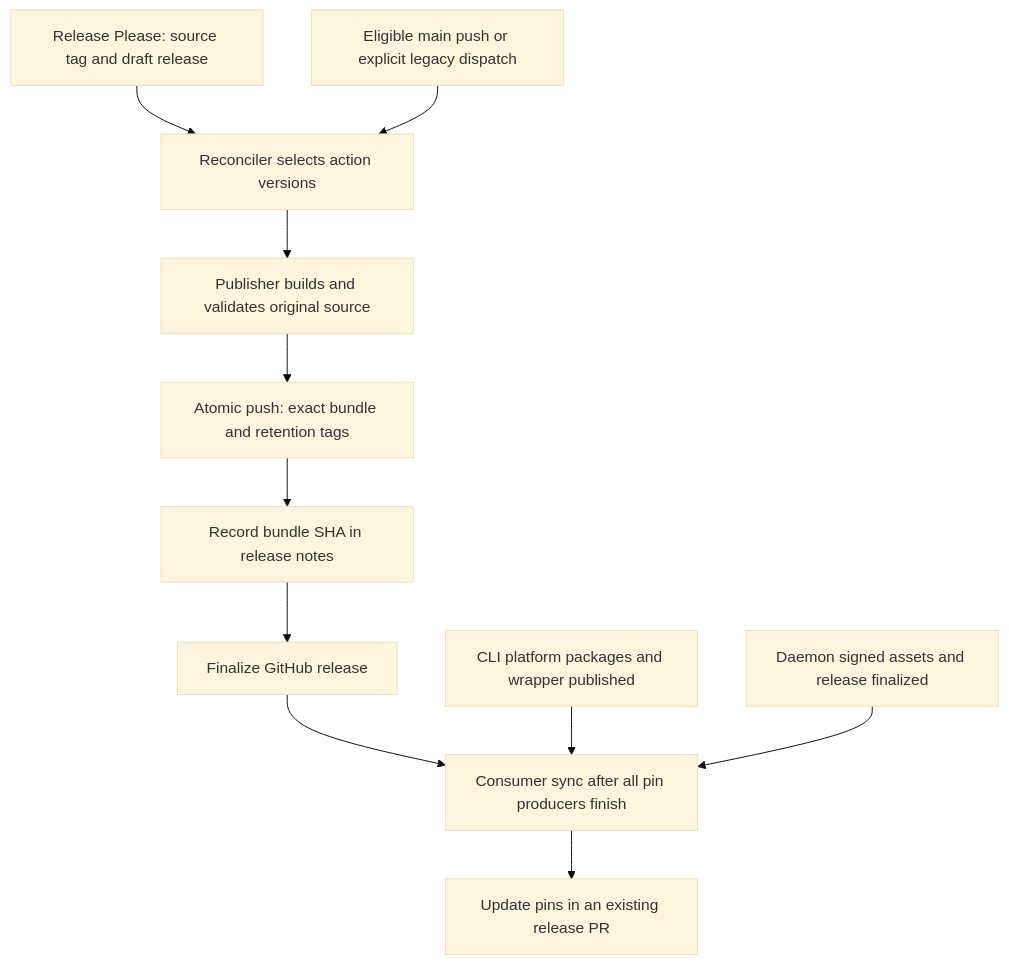
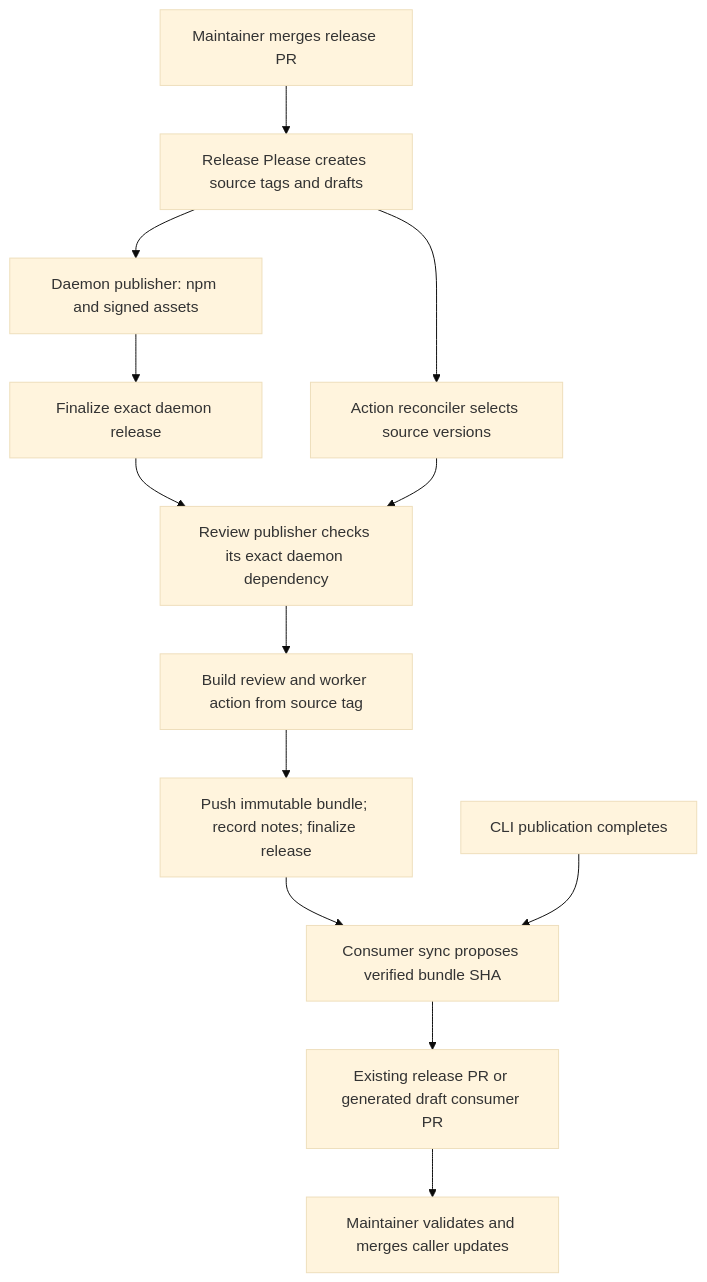
The diagram in docs/contribute/action-releases.md (getlarge/themoltnet), drawn with Mermaid (base theme) before and after one commit. The commit also changed other lines of this file and 21 other files, not shown here.

First line of the commit message:
fix(adaptive-review-action): publish bundled workers with daemon updates

````diff
--- a/docs/contribute/action-releases.md
+++ b/docs/contribute/action-releases.md
@@ -93,13 +122,15 @@
 ```mermaid
 flowchart TD
-    A[Release Please: source tag and draft release] --> R[Reconciler selects action versions]
-    T[Eligible main push or explicit legacy dispatch] --> R
-    R --> B[Publisher builds and validates original source]
-    B --> P[Atomic push: exact bundle and retention tags]
-    P --> N[Record bundle SHA in release notes]
-    N --> F[Finalize GitHub release]
-    F --> C[Consumer sync after all pin producers finish]
-    CLI[CLI platform packages and wrapper published] --> C
-    D[Daemon signed assets and release finalized] --> C
-    C --> PR[Update pins in an existing release PR]
+    M[Maintainer merges release PR] --> R[Release Please creates source tags and drafts]
+    R --> D[Daemon publisher: npm and signed assets]
+    D --> F[Finalize exact daemon release]
+    R --> A[Action reconciler selects source versions]
+    F --> G[Review publisher checks its exact daemon dependency]
+    A --> G
+    G --> B[Build review and worker action from source tag]
+    B --> P[Push immutable bundle; record notes; finalize release]
+    P --> C[Consumer sync proposes verified bundle SHA]
+    CLI[CLI publication completes] --> C
+    C --> PR[Existing release PR or generated draft consumer PR]
+    PR --> U[Maintainer validates and merges caller updates]
 ```
````
